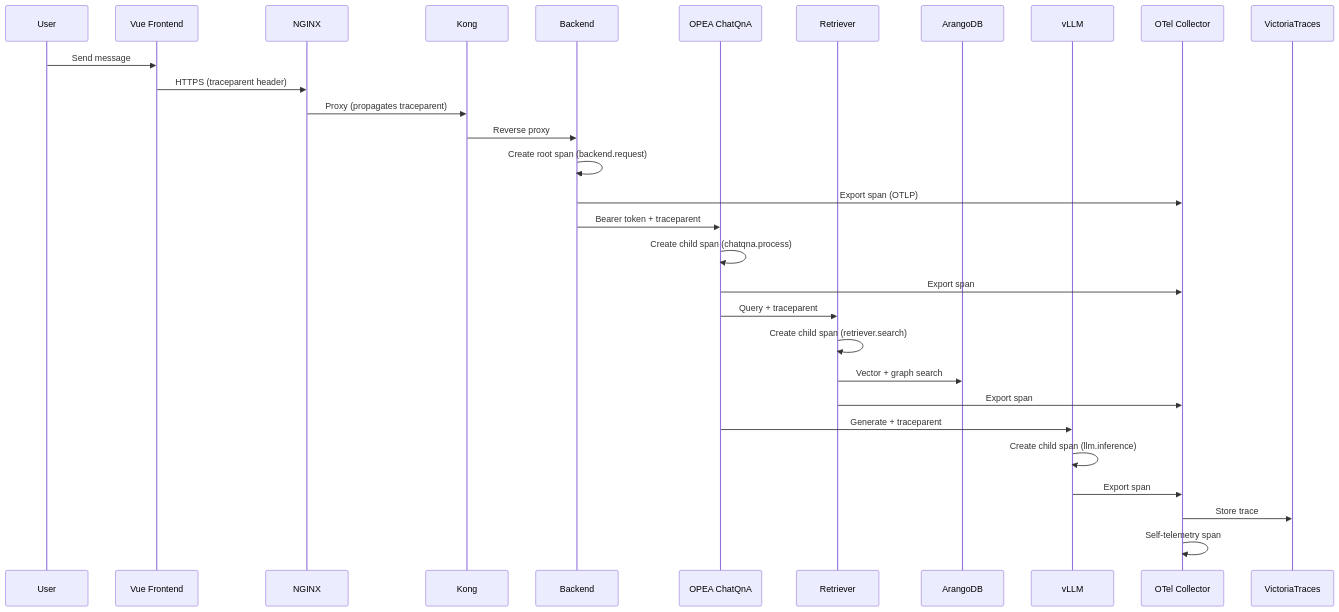
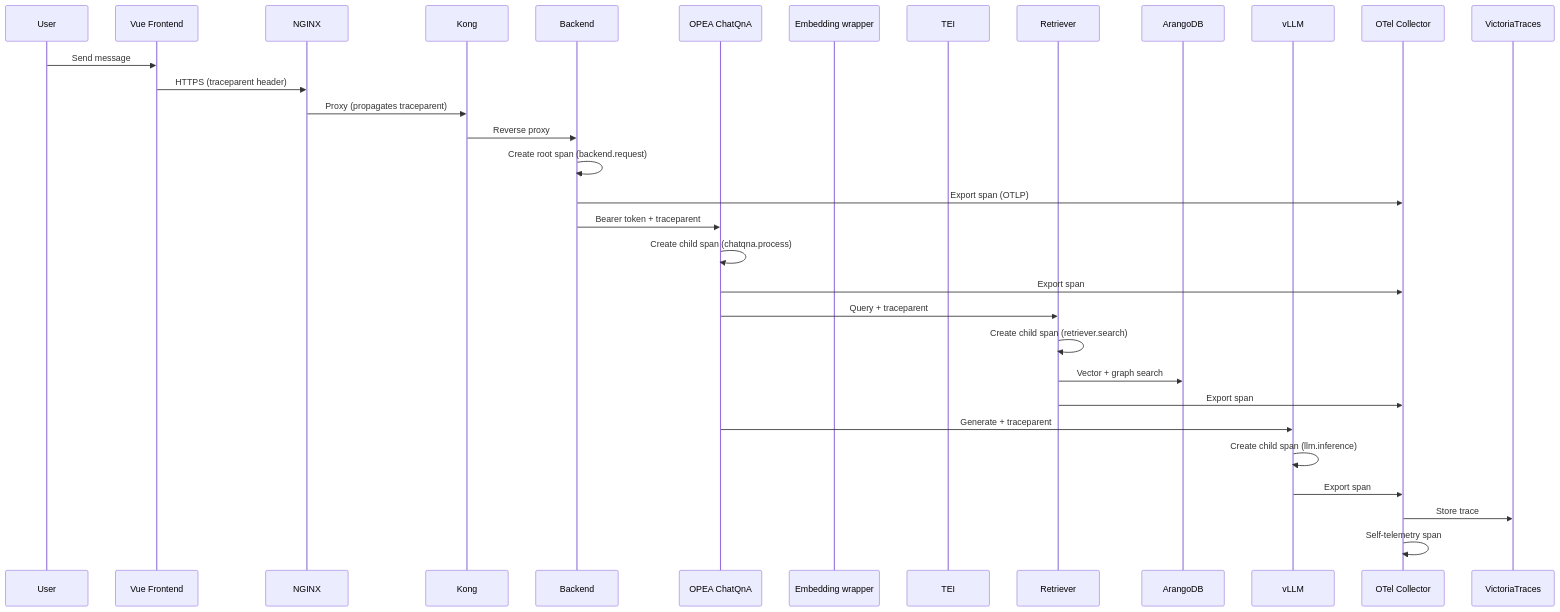
Before and after one commit to jrevillard/genie-ai-replica: the fourth of 16 diagrams in site/content/en/docs/architecture/architecture.md, drawn with Mermaid. The commit also changed other lines of this file and 2 other files, not shown here.

````diff
--- a/site/content/en/docs/architecture/architecture.md
+++ b/site/content/en/docs/architecture/architecture.md
@@ -261,38 +261,40 @@
 ```mermaid
 sequenceDiagram
     participant User
     participant FE as Vue Frontend
     participant N as NGINX
     participant K as Kong
     participant BE as Backend
     participant ChatQnA as OPEA ChatQnA
+    participant Emb as Embedding wrapper
+    participant TEI as TEI
     participant Ret as Retriever
     participant ADB as ArangoDB
     participant LLM as vLLM
     participant Collector as OTel Collector
     participant VM as VictoriaTraces
 
     User->>FE: Send message
     FE->>N: HTTPS (traceparent header)
     N->>K: Proxy (propagates traceparent)
     K->>BE: Reverse proxy
     
     BE->>BE: Create root span (backend.request)
     BE->>Collector: Export span (OTLP)
     
     BE->>ChatQnA: Bearer token + traceparent
     ChatQnA->>ChatQnA: Create child span (chatqna.process)
     ChatQnA->>Collector: Export span
     
     ChatQnA->>Ret: Query + traceparent
     Ret->>Ret: Create child span (retriever.search)
     Ret->>ADB: Vector + graph search
     Ret->>Collector: Export span
     
     ChatQnA->>LLM: Generate + traceparent
     LLM->>LLM: Create child span (llm.inference)
     LLM->>Collector: Export span
     
     Collector->>VM: Store trace
     Collector->>Collector: Self-telemetry span
 ```
````
